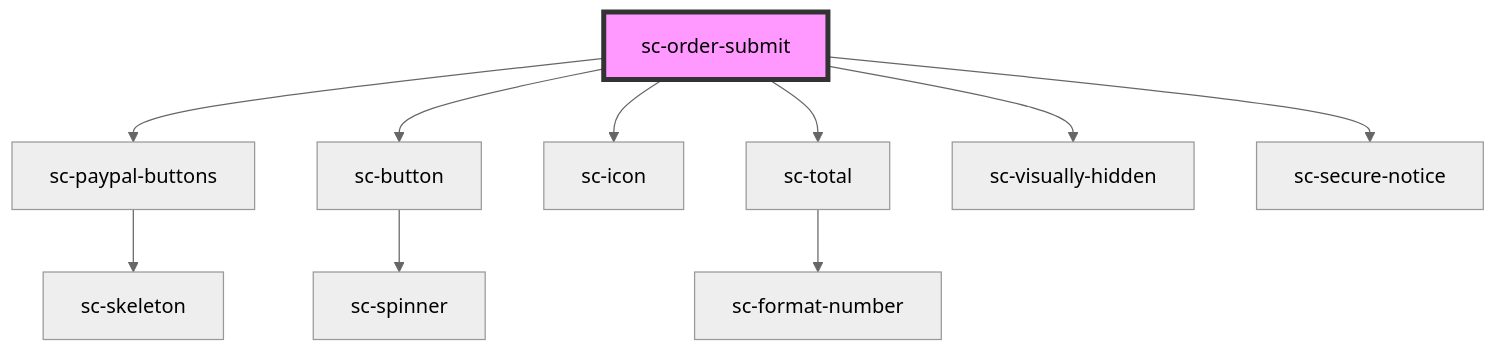
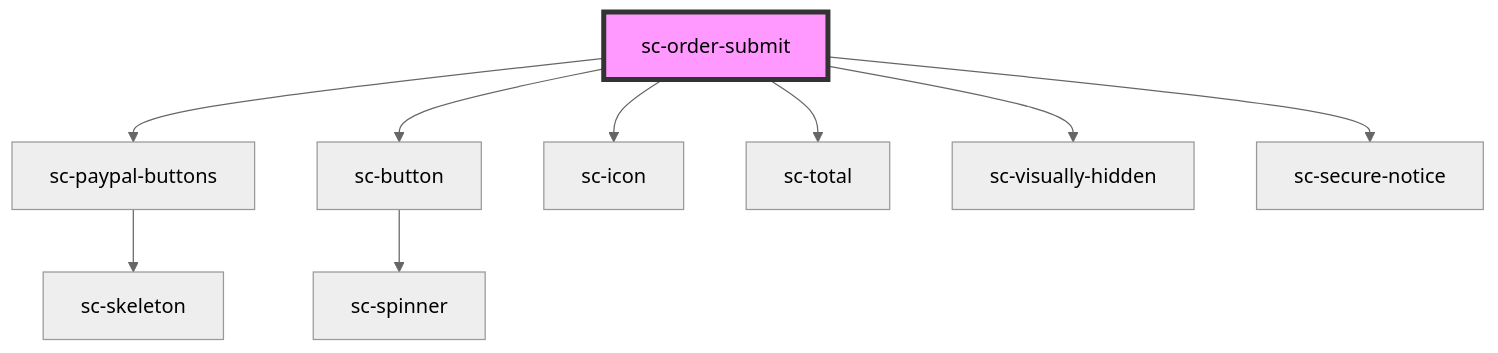
Before and after one commit to surecart/surecart-wp-plugin: the diagram in packages/components/src/components/controllers/checkout-form/order-submit/readme.md, drawn with Mermaid (neutral theme). The commit also changed 37 other files, not shown here.

````diff
--- a/packages/components/src/components/controllers/checkout-form/order-submit/readme.md
+++ b/packages/components/src/components/controllers/checkout-form/order-submit/readme.md
@@ -39,13 +39,12 @@
 ```mermaid
 graph TD;
   sc-order-submit --> sc-paypal-buttons
   sc-order-submit --> sc-button
   sc-order-submit --> sc-icon
   sc-order-submit --> sc-total
   sc-order-submit --> sc-visually-hidden
   sc-order-submit --> sc-secure-notice
   sc-paypal-buttons --> sc-skeleton
   sc-button --> sc-spinner
-  sc-total --> sc-format-number
   style sc-order-submit fill:#f9f,stroke:#333,stroke-width:4px
 ```
````
